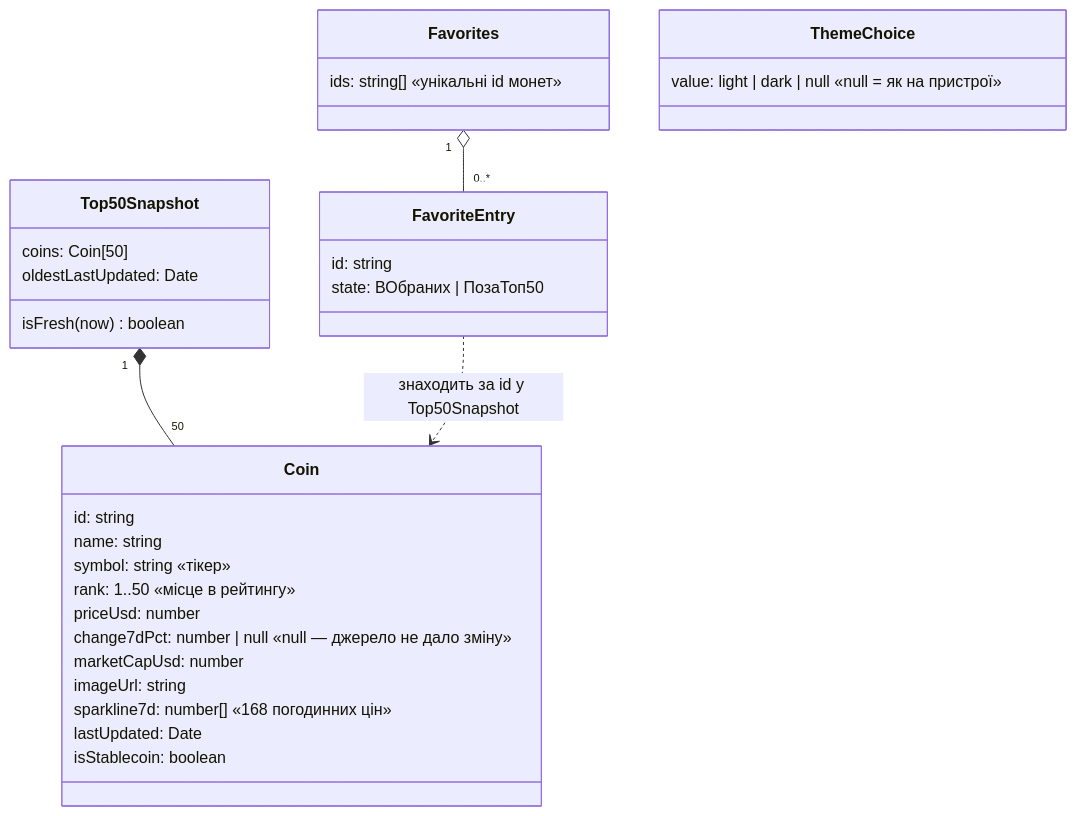
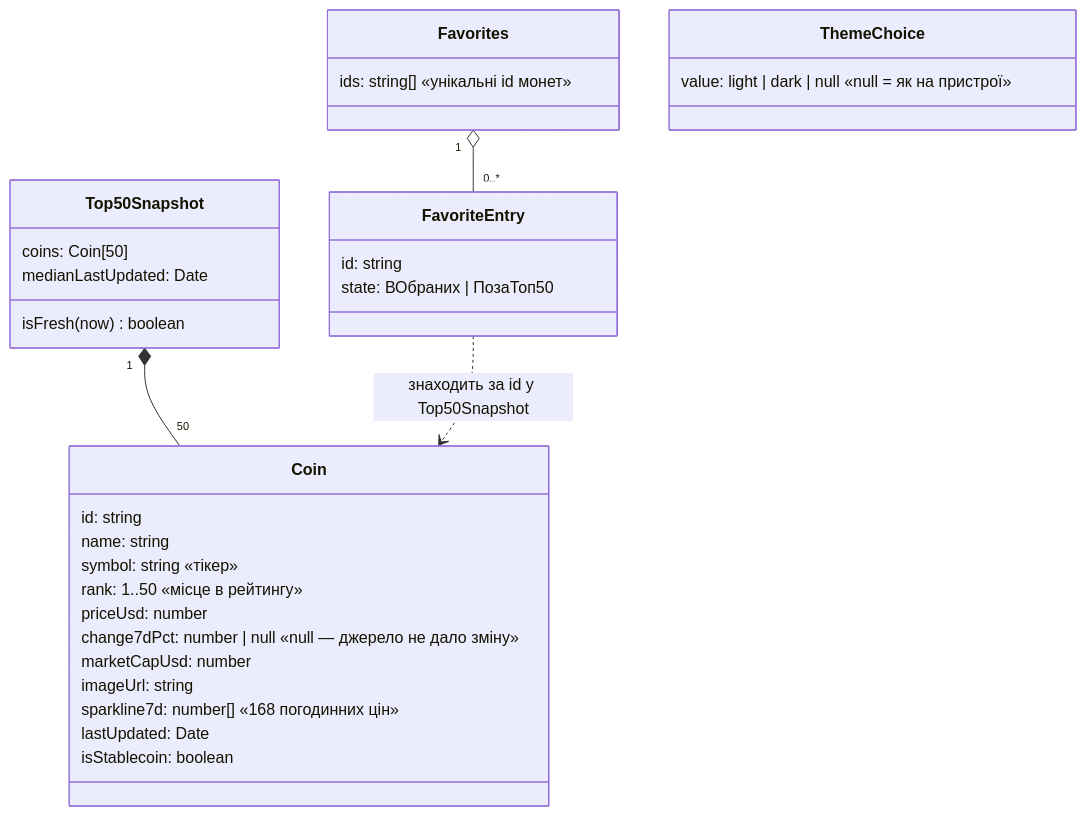
One commit to ivangithubed/crypto-radar changed the third of 6 diagrams in .agentic/specs/03-architecture.md. Above: the diagram before and after it, drawn with Mermaid. The commit also changed other lines of this file and 5 other files, not shown here.

Commit message:
docs(stage-3): compute data freshness by median last_updated

````diff
--- a/.agentic/specs/03-architecture.md
+++ b/.agentic/specs/03-architecture.md
@@ -128,34 +128,34 @@
 ```mermaid
 classDiagram
     class Coin {
       id: string
       name: string
       symbol: string  «тікер»
       rank: 1..50  «місце в рейтингу»
       priceUsd: number
       change7dPct: number | null  «null — джерело не дало зміну»
       marketCapUsd: number
       imageUrl: string
       sparkline7d: number[]  «168 погодинних цін»
       lastUpdated: Date
       isStablecoin: boolean
     }
     class Top50Snapshot {
       coins: Coin[50]
-      oldestLastUpdated: Date
+      medianLastUpdated: Date
       isFresh(now) boolean
     }
     class Favorites {
       ids: string[]  «унікальні id монет»
     }
     class FavoriteEntry {
       id: string
       state: ВОбраних | ПозаТоп50
     }
     class ThemeChoice {
       value: light | dark | null  «null = як на пристрої»
     }
     Top50Snapshot "1" *-- "50" Coin
     Favorites "1" o-- "0..*" FavoriteEntry
     FavoriteEntry ..> Coin : знаходить за id у Top50Snapshot
 ```
````
